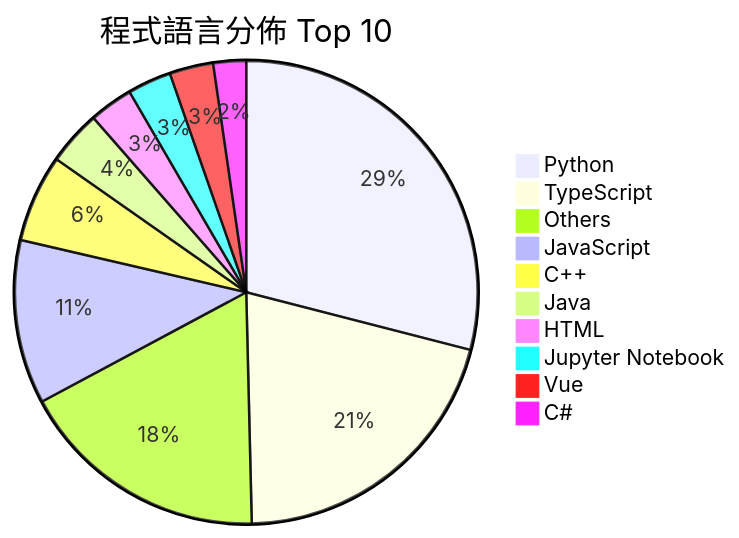
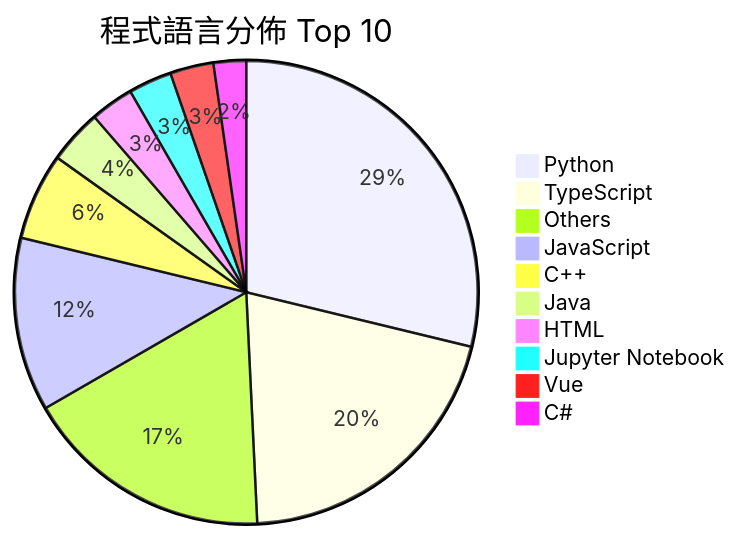
One commit to Andy87877/GitHub-Star-Manager changed the second of 2 diagrams in README.md. Above: the diagram before and after it, drawn with Mermaid. The commit also changed other lines of this file and 3 other files, not shown here.

````diff
--- a/README.md
+++ b/README.md
@@ -27,13 +27,13 @@
 ```mermaid
 pie title 程式語言分佈 Top 10
     "Python" : 38
     "TypeScript" : 27
     "Others" : 23
-    "JavaScript" : 15
+    "JavaScript" : 16
     "C++" : 8
     "Java" : 5
     "HTML" : 4
     "Jupyter Notebook" : 4
     "Vue" : 4
     "C#" : 3
 ```
````
